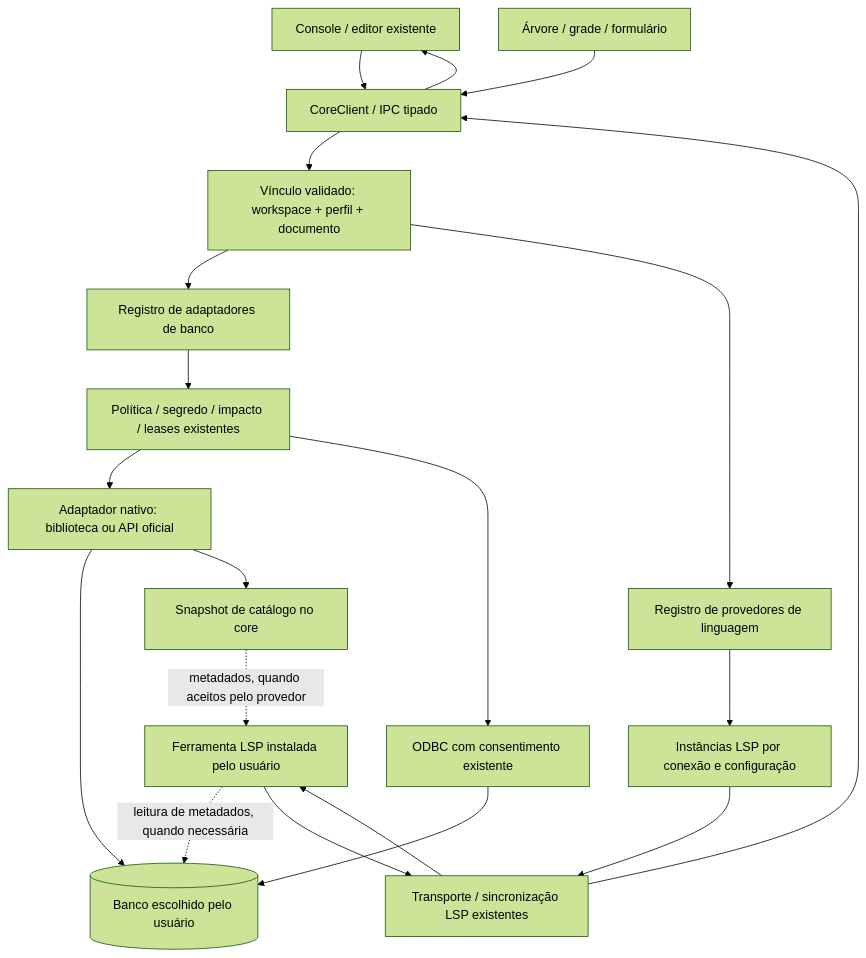
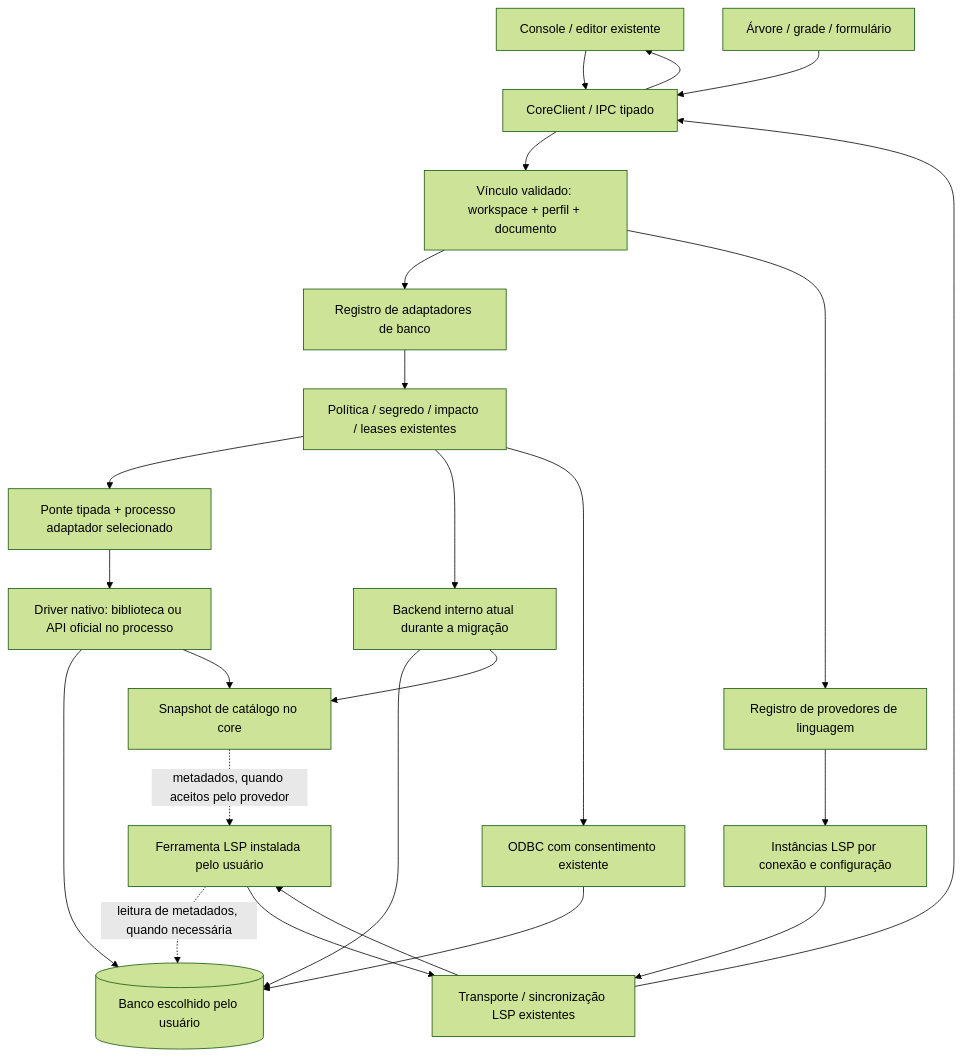
The diagram in DocsPublic/arquitetura/38-provedores-de-banco-e-linguagem.md (ViktorWalde/KineinVectis), drawn with Mermaid (forest theme) before and after one commit. The commit also changed other lines of this file and 9 other files, not shown here.

````diff
--- a/DocsPublic/arquitetura/38-provedores-de-banco-e-linguagem.md
+++ b/DocsPublic/arquitetura/38-provedores-de-banco-e-linguagem.md
@@ -58,22 +65,26 @@
 ```mermaid
 flowchart TB
   editor["Console / editor existente"] --> ipc["CoreClient / IPC tipado"]
   tree["Árvore / grade / formulário"] --> ipc
   ipc --> binding["Vínculo validado: workspace + perfil + documento"]
   binding --> drivers["Registro de adaptadores de banco"]
   binding --> languages["Registro de provedores de linguagem"]
   drivers --> policy["Política / segredo / impacto / leases existentes"]
-  policy --> native["Adaptador nativo: biblioteca ou API oficial"]
+  policy --> bridge["Ponte tipada + processo adaptador selecionado"]
+  bridge --> native["Driver nativo: biblioteca ou API oficial no processo"]
+  policy --> internal["Backend interno atual durante a migração"]
   policy --> odbc["ODBC com consentimento existente"]
   native --> database[("Banco escolhido pelo usuário")]
+  internal --> database
   odbc --> database
   native --> catalog["Snapshot de catálogo no core"]
+  internal --> catalog
   languages --> instances["Instâncias LSP por conexão e configuração"]
   instances --> transport["Transporte / sincronização LSP existentes"]
   transport --> external["Ferramenta LSP instalada pelo usuário"]
   catalog -. "metadados, quando aceitos pelo provedor" .-> external
   external -. "leitura de metadados, quando necessária" .-> database
   external --> transport
   transport --> ipc
   ipc --> editor
 ```
````
